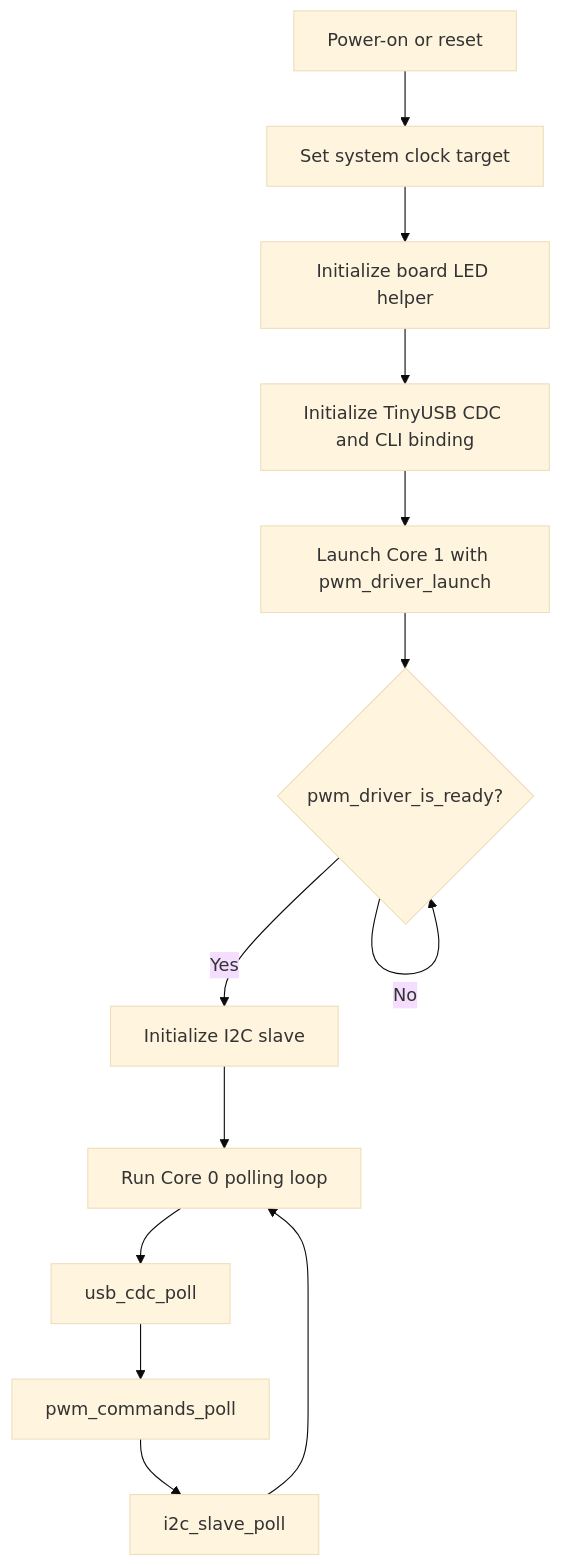
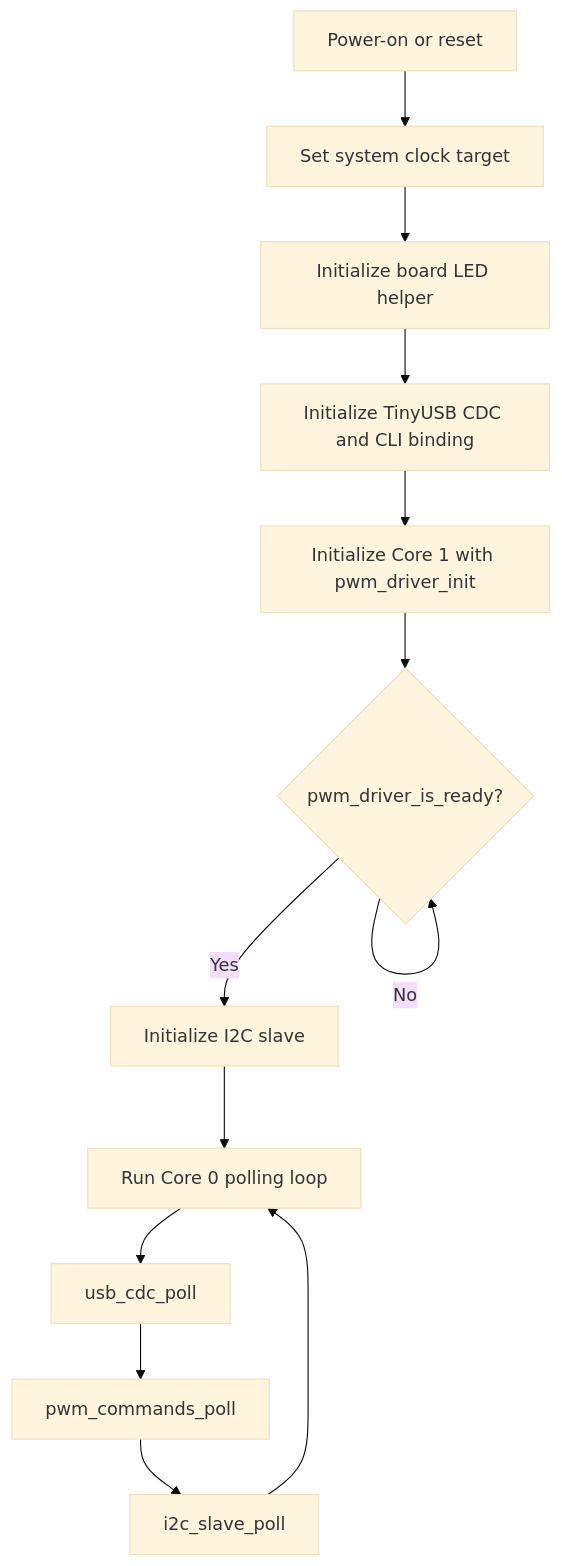
The fourth of 4 diagrams in docs/architecture.md (djwinter29-oss/PicoPWM), drawn with Mermaid (base theme) before and after one commit. The commit also changed other lines of this file and 67 other files, not shown here.

````diff
--- a/docs/architecture.md
+++ b/docs/architecture.md
@@ -269,15 +314,15 @@
 ```mermaid
 flowchart TD
     Reset[Power-on or reset] --> Clock[Set system clock target]
     Clock --> LED[Initialize board LED helper]
     LED --> USB[Initialize TinyUSB CDC and CLI binding]
-    USB --> Launch[Launch Core 1 with pwm_driver_launch]
+    USB --> Launch[Initialize Core 1 with pwm_driver_init]
     Launch --> Ready{pwm_driver_is_ready?}
     Ready -- No --> Ready
     Ready -- Yes --> I2C[Initialize I2C slave]
     I2C --> Loop[Run Core 0 polling loop]
     Loop --> USBPoll[usb_cdc_poll]
     USBPoll --> CLIPoll[pwm_commands_poll]
     CLIPoll --> I2CPoll[i2c_slave_poll]
     I2CPoll --> Loop
 ```
````
